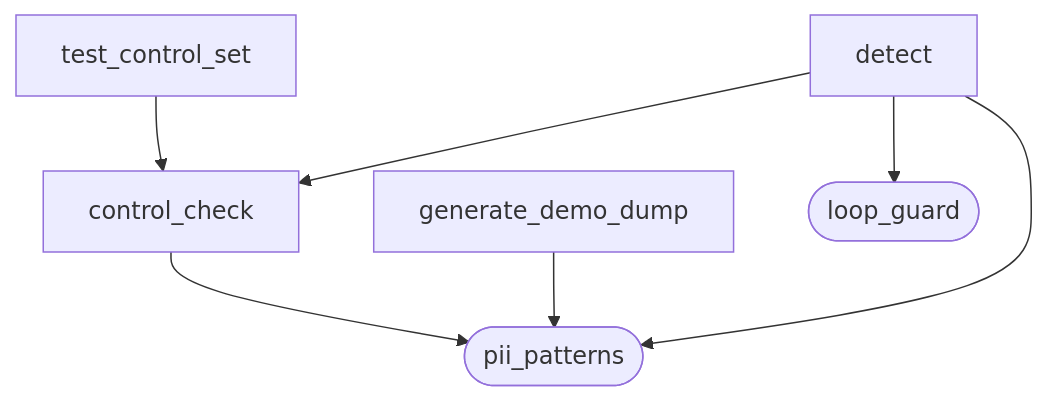
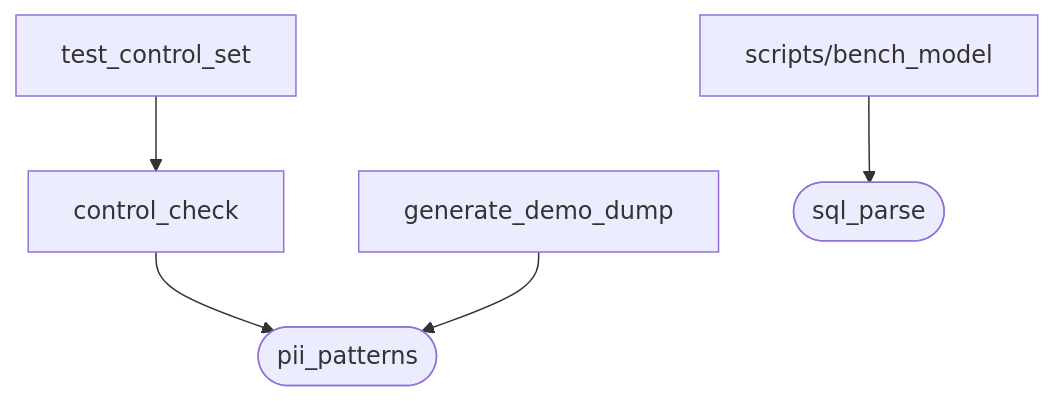
The second of 3 diagrams in README.md (Andrey-Ostapenko/rusal-sanitizer), drawn with Mermaid before and after one commit. The commit also changed other lines of this file and 3 other files, not shown here.

````diff
--- a/README.md
+++ b/README.md
@@ -188,16 +196,14 @@
 ```mermaid
 graph TD
-    detect["detect"]
     test["test_control_set"]
     control["control_check"]
     gen["generate_demo_dump"]
-    guard(["loop_guard"])
+    bench["scripts/bench_model"]
     pii2(["pii_patterns"])
+    parse2(["sql_parse"])
 
-    detect --> control
-    detect --> guard
     test --> control
     control --> pii2
-    detect --> pii2
     gen --> pii2
+    bench --> parse2
 ```
````
